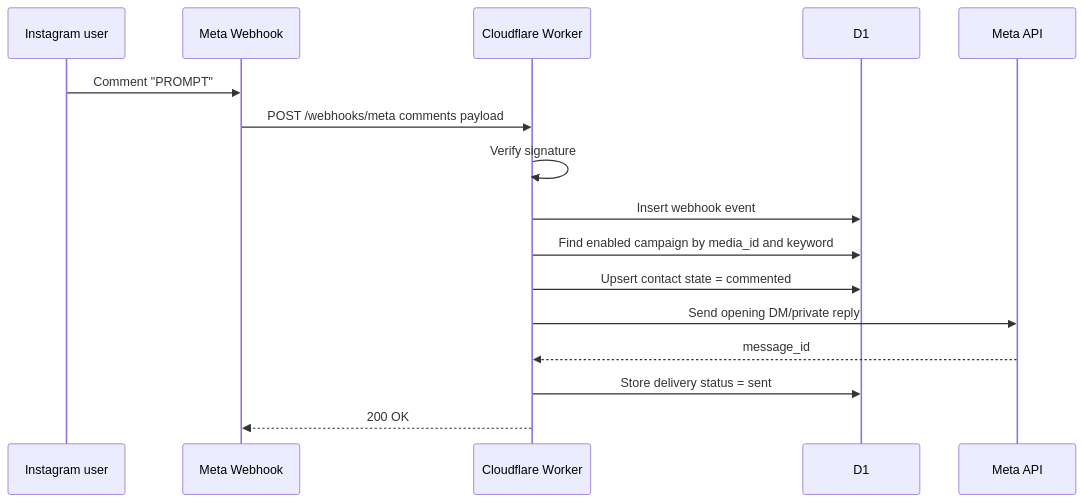
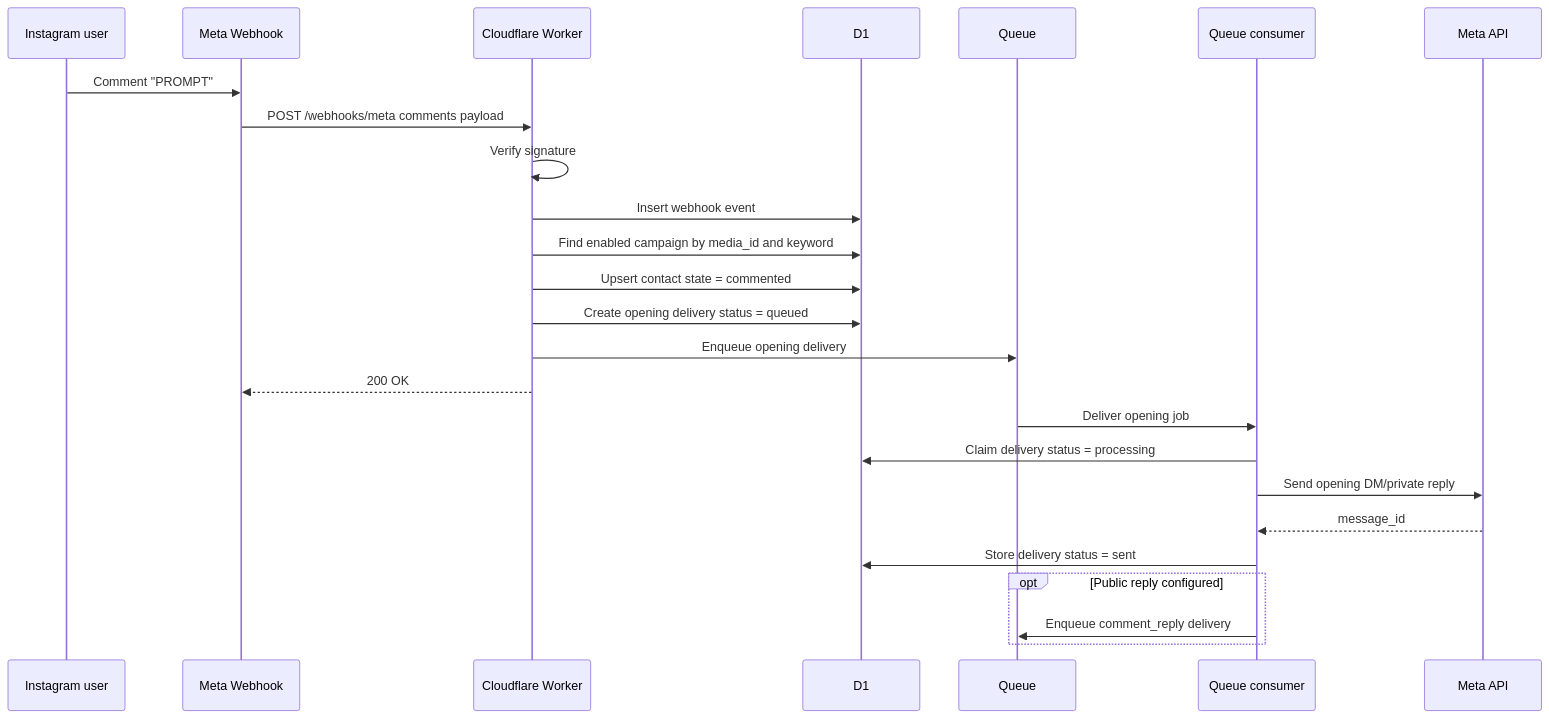
One commit to aldoprianandi/ig-autodm-worker changed the second of 4 diagrams in docs/03-architecture.md. Above: the diagram before and after it, drawn with Mermaid. The commit also changed other lines of this file and 30 other files, not shown here.

````diff
--- a/docs/03-architecture.md
+++ b/docs/03-architecture.md
@@ -121,19 +129,28 @@
 ```mermaid
 sequenceDiagram
   participant User as Instagram user
   participant Meta as Meta Webhook
   participant Worker as Cloudflare Worker
   participant D1 as D1
+  participant Q as Queue
+  participant Consumer as Queue consumer
   participant API as Meta API
 
   User->>Meta: Comment "PROMPT"
   Meta->>Worker: POST /webhooks/meta comments payload
   Worker->>Worker: Verify signature
   Worker->>D1: Insert webhook event
   Worker->>D1: Find enabled campaign by media_id and keyword
   Worker->>D1: Upsert contact state = commented
-  Worker->>API: Send opening DM/private reply
-  API-->>Worker: message_id
-  Worker->>D1: Store delivery status = sent
+  Worker->>D1: Create opening delivery status = queued
+  Worker->>Q: Enqueue opening delivery
   Worker-->>Meta: 200 OK
+  Q->>Consumer: Deliver opening job
+  Consumer->>D1: Claim delivery status = processing
+  Consumer->>API: Send opening DM/private reply
+  API-->>Consumer: message_id
+  Consumer->>D1: Store delivery status = sent
+  opt Public reply configured
+    Consumer->>Q: Enqueue comment_reply delivery
+  end
 ```
````
